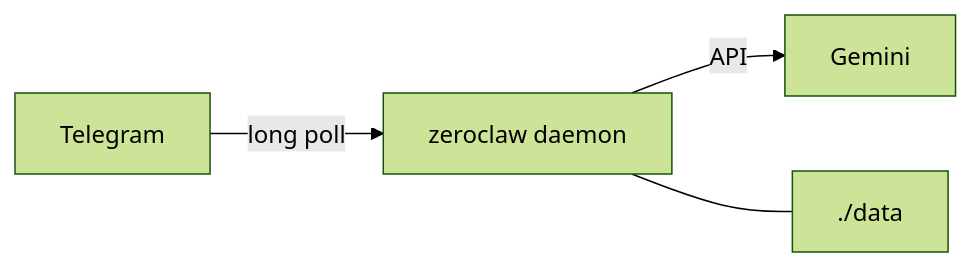
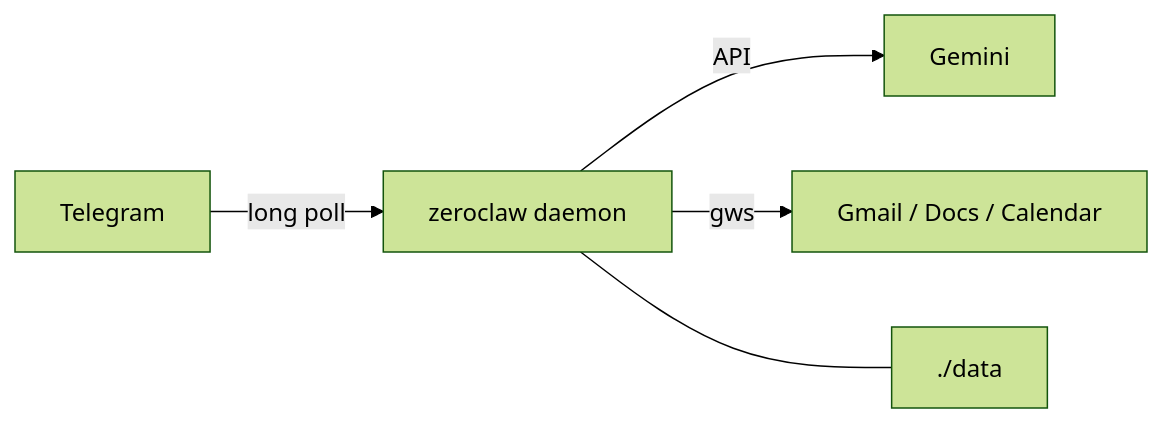
Before and after one commit to shotah/zeroclaw_scripts: the diagram in README.md, drawn with Mermaid (forest theme). The commit also changed other lines of this file and 17 other files, not shown here.

````diff
--- a/README.md
+++ b/README.md
@@ -21,6 +22,7 @@
 ```mermaid
 flowchart LR
   TG[Telegram] -->|long poll| ZC[zeroclaw daemon]
   ZC -->|API| GEM[Gemini]
+  ZC -->|gws| GW[Gmail / Docs / Calendar]
   ZC --- DATA["./data"]
 ```
````
